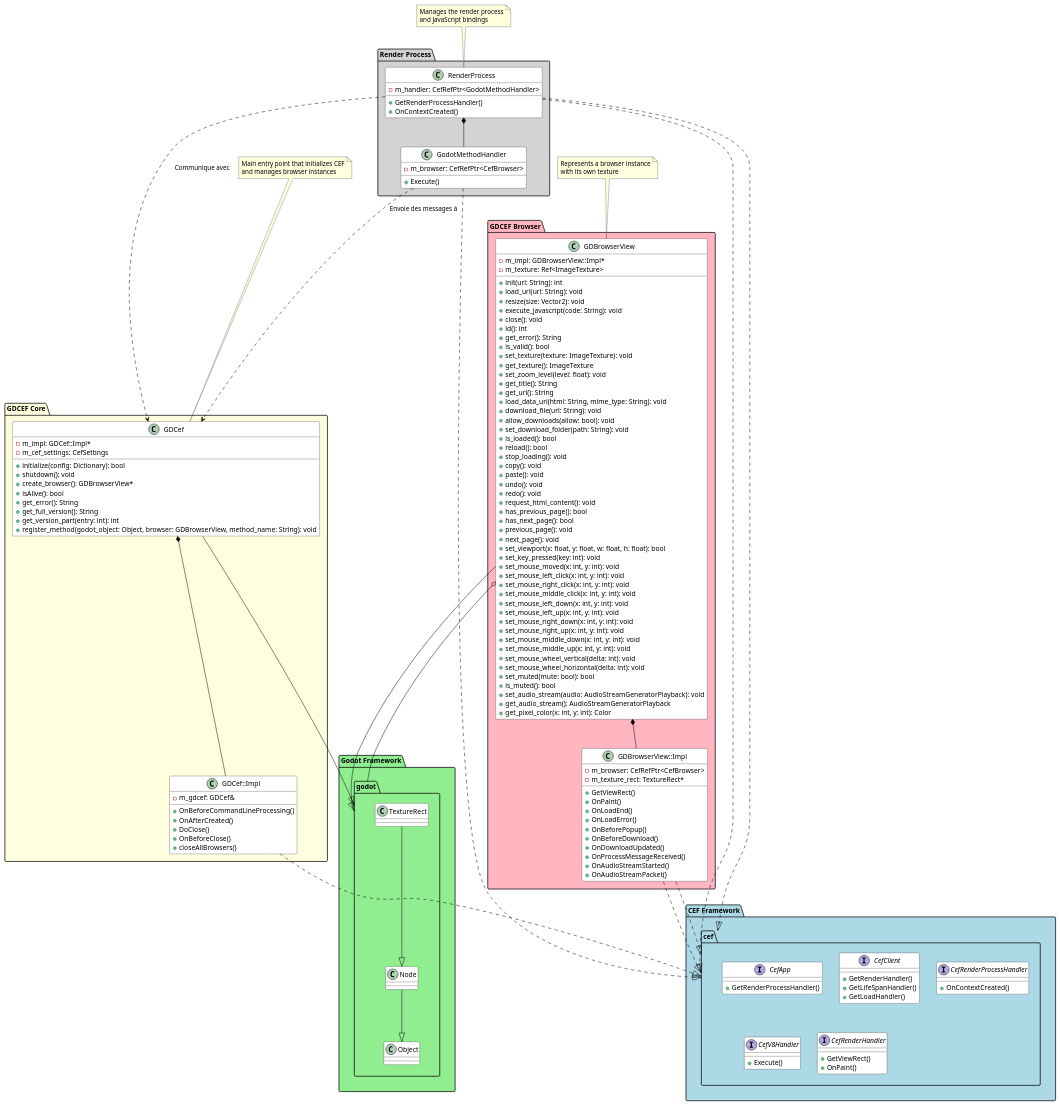
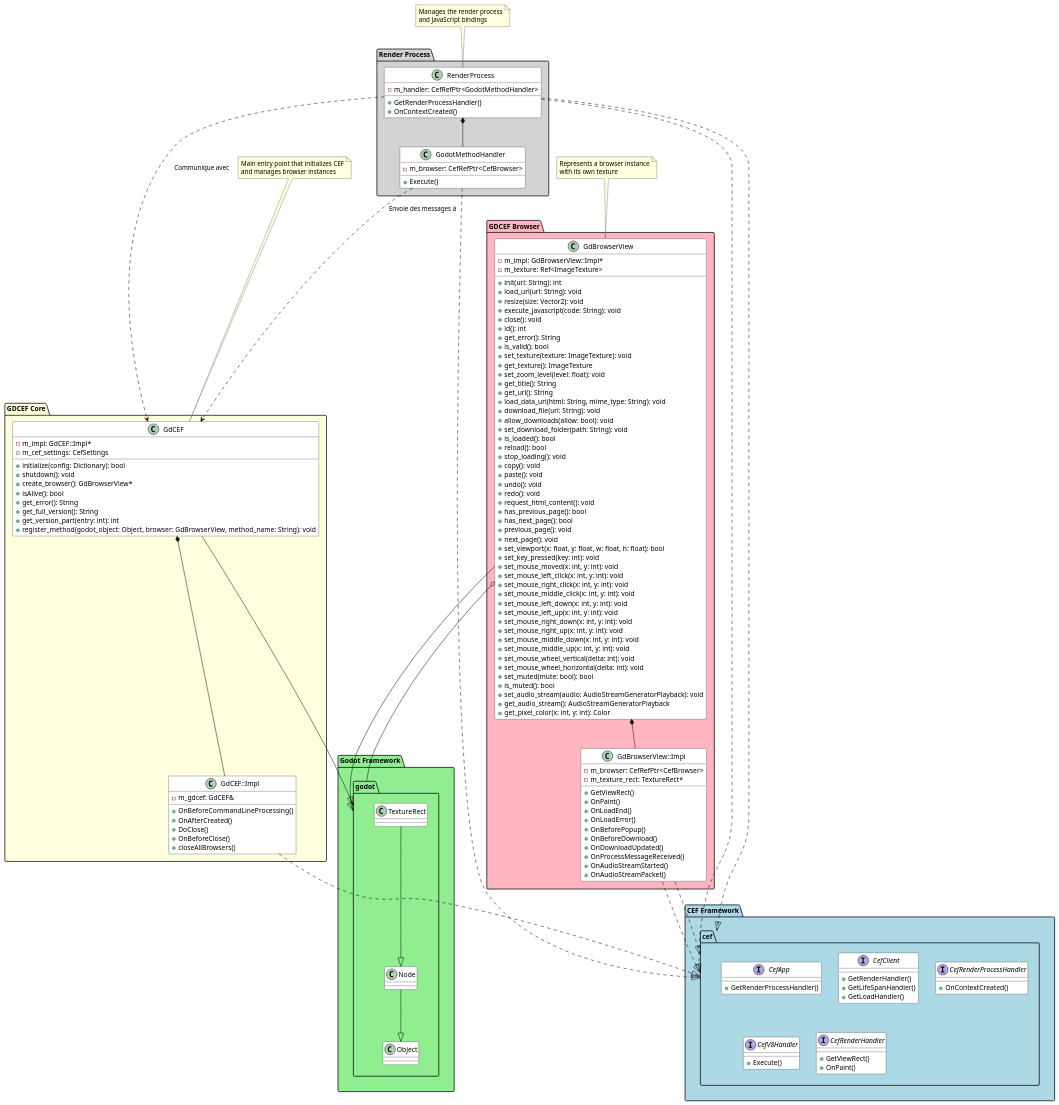
The diagram in doc/architecture/class_diagram.puml (Lecrapouille/gdcef), drawn with PlantUML before and after one commit. The commit also changed 24 other files, not shown here.

```diff
--- a/doc/architecture/class_diagram.puml
+++ b/doc/architecture/class_diagram.puml
@@ -1,198 +1,198 @@
 @startuml
 
 skinparam class {
     BackgroundColor White
     ArrowColor Black
     BorderColor Black
 }
 
 package "CEF Framework" #LightBlue {
     namespace cef {
         interface CefApp {
             {abstract}
             +GetRenderProcessHandler()
         }
 
         interface CefClient {
             {abstract}
             +GetRenderHandler()
             +GetLifeSpanHandler()
             +GetLoadHandler()
         }
 
         interface CefRenderProcessHandler {
             {abstract}
             +OnContextCreated()
         }
 
         interface CefV8Handler {
             {abstract}
             +Execute()
         }
 
         interface CefRenderHandler {
             {abstract}
             +GetViewRect()
             +OnPaint()
         }
     }
 }
 
 package "Godot Framework" #LightGreen {
     namespace godot {
         class Object {
             {abstract}
         }
         class Node {
             {abstract}
         }
         class TextureRect {
         }
 
         Node --|> Object
         TextureRect --|> Node
     }
 }
 
 package "GDCEF Core" #LightYellow {
-    class GDCef {
-        -m_impl: GDCef::Impl*
+    class GdCEF {
+        -m_impl: GdCEF::Impl*
         -m_cef_settings: CefSettings
         +initialize(config: Dictionary): bool
         +shutdown(): void
-        +create_browser(): GDBrowserView*
+        +create_browser(): GdBrowserView*
         +isAlive(): bool
         +get_error(): String
         +get_full_version(): String
         +get_version_part(entry: int): int
-        +register_method(godot_object: Object, browser: GDBrowserView, method_name: String): void
+        +register_method(godot_object: Object, browser: GdBrowserView, method_name: String): void
     }
 
-    class "GDCef::Impl" as GDCefImpl {
-        -m_gdcef: GDCef&
+    class "GdCEF::Impl" as GdCEFImpl {
+        -m_gdcef: GdCEF&
         +OnBeforeCommandLineProcessing()
         +OnAfterCreated()
         +DoClose()
         +OnBeforeClose()
         +closeAllBrowsers()
     }
 
-    GDCef --|> godot::Node
-    GDCef *-- GDCefImpl
-    GDCefImpl ..|> cef::CefApp
+    GdCEF --|> godot::Node
+    GdCEF *-- GdCEFImpl
+    GdCEFImpl ..|> cef::CefApp
 }
 
 package "GDCEF Browser" #LightPink {
-    class GDBrowserView {
-        -m_impl: GDBrowserView::Impl*
+    class GdBrowserView {
+        -m_impl: GdBrowserView::Impl*
         -m_texture: Ref<ImageTexture>
         +init(url: String): int
         +load_url(url: String): void
         +resize(size: Vector2): void
         +execute_javascript(code: String): void
         +close(): void
         +id(): int
         +get_error(): String
         +is_valid(): bool
         +set_texture(texture: ImageTexture): void
         +get_texture(): ImageTexture
         +set_zoom_level(level: float): void
         +get_title(): String
         +get_url(): String
         +load_data_uri(html: String, mime_type: String): void
         +download_file(url: String): void
         +allow_downloads(allow: bool): void
         +set_download_folder(path: String): void
         +is_loaded(): bool
         +reload(): bool
         +stop_loading(): void
         +copy(): void
         +paste(): void
         +undo(): void
         +redo(): void
         +request_html_content(): void
         +has_previous_page(): bool
         +has_next_page(): bool
         +previous_page(): void
         +next_page(): void
         +set_viewport(x: float, y: float, w: float, h: float): bool
         +set_key_pressed(key: int): void
         +set_mouse_moved(x: int, y: int): void
         +set_mouse_left_click(x: int, y: int): void
         +set_mouse_right_click(x: int, y: int): void
         +set_mouse_middle_click(x: int, y: int): void
         +set_mouse_left_down(x: int, y: int): void
         +set_mouse_left_up(x: int, y: int): void
         +set_mouse_right_down(x: int, y: int): void
         +set_mouse_right_up(x: int, y: int): void
         +set_mouse_middle_down(x: int, y: int): void
         +set_mouse_middle_up(x: int, y: int): void
         +set_mouse_wheel_vertical(delta: int): void
         +set_mouse_wheel_horizontal(delta: int): void
         +set_muted(mute: bool): bool
         +is_muted(): bool
         +set_audio_stream(audio: AudioStreamGeneratorPlayback): void
         +get_audio_stream(): AudioStreamGeneratorPlayback
         +get_pixel_color(x: int, y: int): Color
     }
 
-    class "GDBrowserView::Impl" as GDBrowserViewImpl {
+    class "GdBrowserView::Impl" as GdBrowserViewImpl {
         -m_browser: CefRefPtr<CefBrowser>
         -m_texture_rect: TextureRect*
         +GetViewRect()
         +OnPaint()
         +OnLoadEnd()
         +OnLoadError()
         +OnBeforePopup()
         +OnBeforeDownload()
         +OnDownloadUpdated()
         +OnProcessMessageReceived()
         +OnAudioStreamStarted()
         +OnAudioStreamPacket()
     }
 
-    GDBrowserView --|> godot::Node
-    GDBrowserView *-- GDBrowserViewImpl
-    GDBrowserView o-- godot::TextureRect
-    GDBrowserViewImpl ..|> cef::CefClient
-    GDBrowserViewImpl ..|> cef::CefRenderHandler
+    GdBrowserView --|> godot::Node
+    GdBrowserView *-- GdBrowserViewImpl
+    GdBrowserView o-- godot::TextureRect
+    GdBrowserViewImpl ..|> cef::CefClient
+    GdBrowserViewImpl ..|> cef::CefRenderHandler
 }
 
 package "Render Process" #LightGray {
     class RenderProcess {
         -m_handler: CefRefPtr<GodotMethodHandler>
         +GetRenderProcessHandler()
         +OnContextCreated()
     }
 
     class GodotMethodHandler {
         -m_browser: CefRefPtr<CefBrowser>
         +Execute()
     }
 
     RenderProcess ..|> cef::CefApp
     RenderProcess ..|> cef::CefRenderProcessHandler
     RenderProcess *-- GodotMethodHandler
     GodotMethodHandler ..|> cef::CefV8Handler
 
     ' Interactions avec GDCEF Core
-    RenderProcess ..> GDCef : "Communique avec"
-    GodotMethodHandler ..> GDCef : "Envoie des messages à"
+    RenderProcess ..> GdCEF : "Communique avec"
+    GodotMethodHandler ..> GdCEF : "Envoie des messages à"
 }
 
-note top of GDCef
+note top of GdCEF
   Main entry point that initializes CEF
   and manages browser instances
 end note
 
-note top of GDBrowserView
+note top of GdBrowserView
   Represents a browser instance
   with its own texture
 end note
 
 note top of RenderProcess
   Manages the render process
   and JavaScript bindings
 end note
 
 @enduml
```
